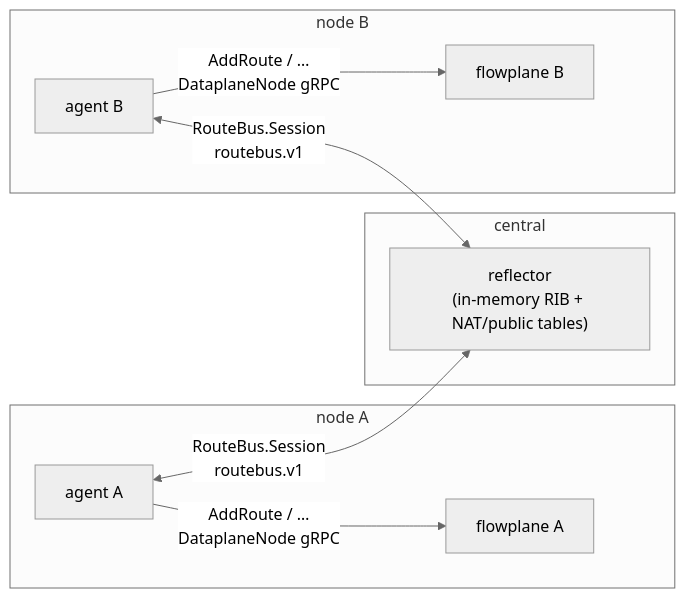
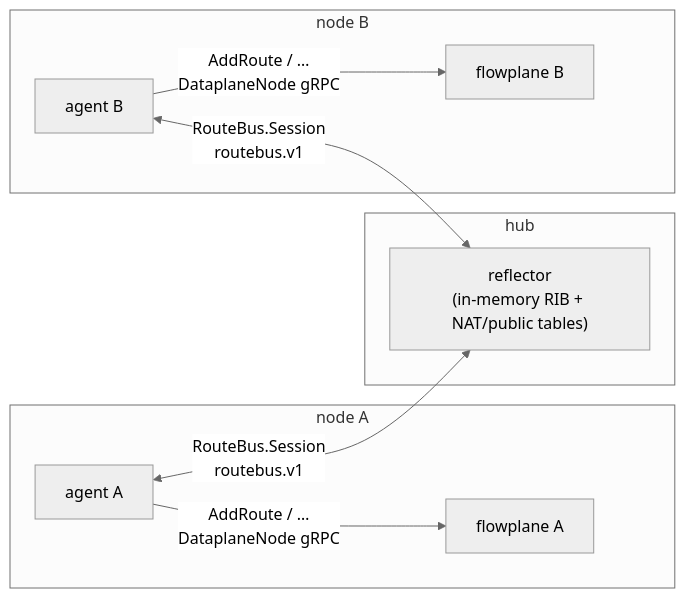
Before and after one commit to trevex/ectobase: the first of 2 diagrams in docs/architecture/route-bus.md, drawn with Mermaid (neutral theme). The commit also changed other lines of this file and 190 other files, not shown here.

````diff
--- a/docs/architecture/route-bus.md
+++ b/docs/architecture/route-bus.md
@@ -17,18 +17,18 @@
 ```mermaid
 flowchart LR
-    subgraph central["central"]
+    subgraph hub["hub"]
         reflector["reflector<br/>(in-memory RIB + NAT/public tables)"]
     end
     subgraph nodeA["node A"]
         agentA["agent A"]
         fpA["flowplane A"]
     end
     subgraph nodeB["node B"]
         agentB["agent B"]
         fpB["flowplane B"]
     end
     agentA <-->|RouteBus.Session<br/>routebus.v1| reflector
     agentB <-->|RouteBus.Session<br/>routebus.v1| reflector
     agentA -->|AddRoute / …<br/>DataplaneNode gRPC| fpA
     agentB -->|AddRoute / …<br/>DataplaneNode gRPC| fpB
 ```
````
